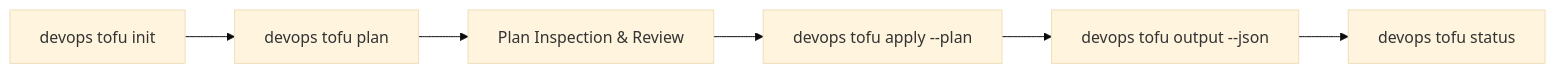
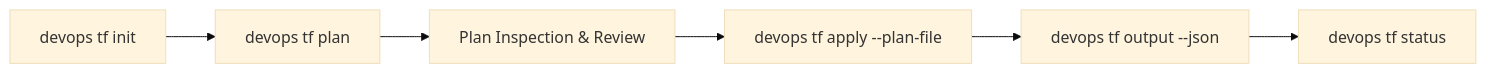
The diagram in src/devops_cli/ai/knowledge_base/devops_cli/tasks/infrastructure_provisioning.md (dan-petty/devops-cli), drawn with Mermaid (base theme) before and after one commit. The commit also changed other lines of this file and 368 other files, not shown here.

````diff
--- a/src/devops_cli/ai/knowledge_base/devops_cli/tasks/infrastructure_provisioning.md
+++ b/src/devops_cli/ai/knowledge_base/devops_cli/tasks/infrastructure_provisioning.md
@@ -11,8 +11,8 @@
 ```mermaid
 graph LR
-    A[devops tofu init] --> B[devops tofu plan]
+    A[devops tf init] --> B[devops tf plan]
     B --> C[Plan Inspection & Review]
-    C --> D[devops tofu apply --plan]
-    D --> E[devops tofu output --json]
-    E --> F[devops tofu status]
+    C --> D[devops tf apply --plan-file]
+    D --> E[devops tf output --json]
+    E --> F[devops tf status]
 ```
````
